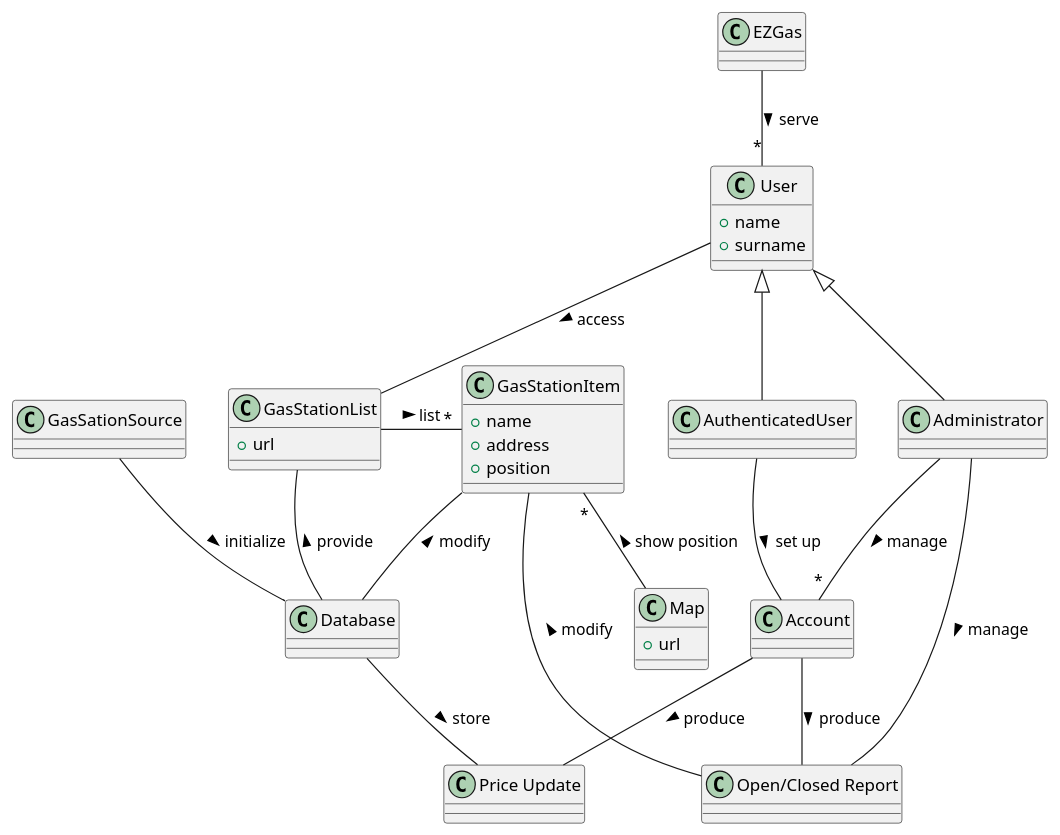
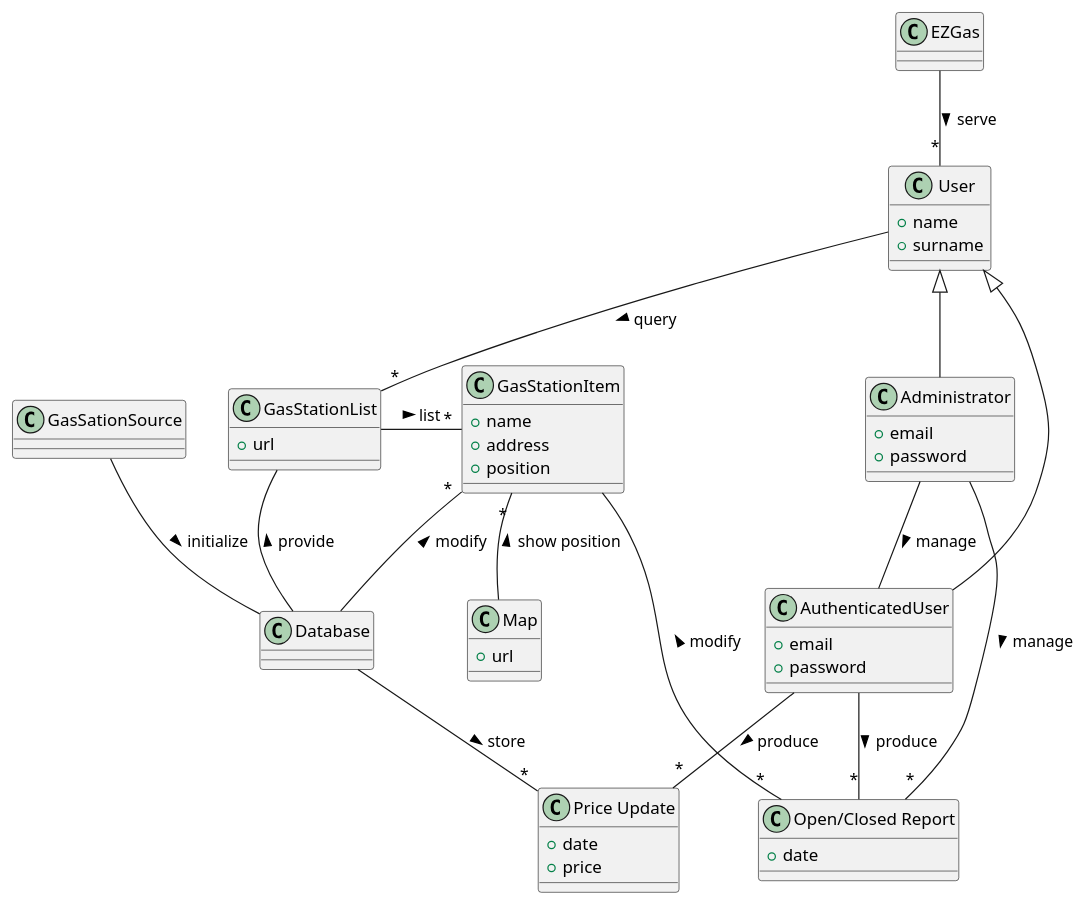
Before and after one commit to aureliocirella/se1-ezgas: the third of 3 diagrams in docs/RequirementsDocument.md, drawn with PlantUML.

Commit message:
fix: some fixes in user part and attributes

````diff
--- a/docs/RequirementsDocument.md
+++ b/docs/RequirementsDocument.md
@@ -445,42 +445,58 @@
 ```plantuml
 class User {
 + name
 + surname
 }
 class Administrator {
++ email
++ password
 
 }
 
 class GasStationList {
 +url
 }
 
 class GasStationItem {
 + name
 + address
 + position
 }
 
+class "Open/Closed Report"{
++ date
+
+}
+
+class "Price Update"{
++ date
++ price
+}
+
 class Map {
 + url
 
 }
 
+class AuthenticatedUser{
++ email
++ password
+
+}
 
 EZGas -- "*" User :serve >
 GasSationSource -down- Database :  initialize > 
 Database -- GasStationList : provide >
-AuthenticatedUser -- Account :set up >
-Administrator -- "*" Account : manage >
+Administrator -- AuthenticatedUser: manage >
 User <|-- Administrator 
 GasStationList -right- "*" GasStationItem :list >
-User <|-down- AuthenticatedUser 
+User <|-right- AuthenticatedUser 
 GasStationItem "*"-- Map : < show position
-User -- GasStationList : access >
-GasStationItem -- "Open/Closed Report" :< modify 
-Administrator -- "Open/Closed Report" :  manage >
-Database -- "Price Update" :  store >
-Account -- "Open/Closed Report" : produce >
-Account -- "Price Update" : produce >
-GasStationItem -- Database : < modify
+User -- "*"  GasStationList : query >
+GasStationItem -- "*" "Open/Closed Report" :< modify 
+Administrator -- "*"  "Open/Closed Report" :  manage >
+Database -- "*"  "Price Update" :  store >
+AuthenticatedUser-- "*" "Open/Closed Report" : produce >
+AuthenticatedUser-- "*"  "Price Update" : produce >
+GasStationItem "*" -- Database : < modify
 ```
````
